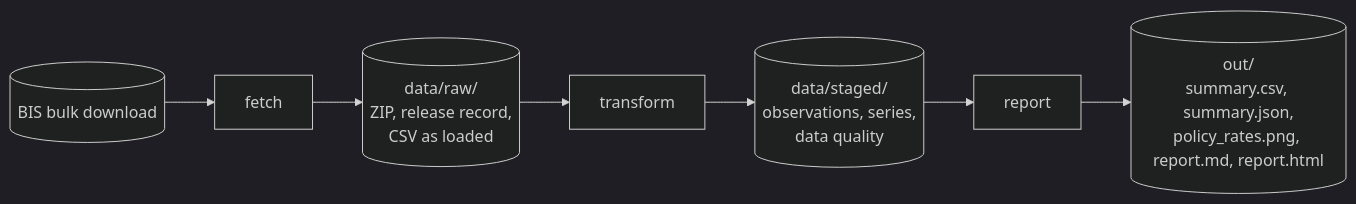
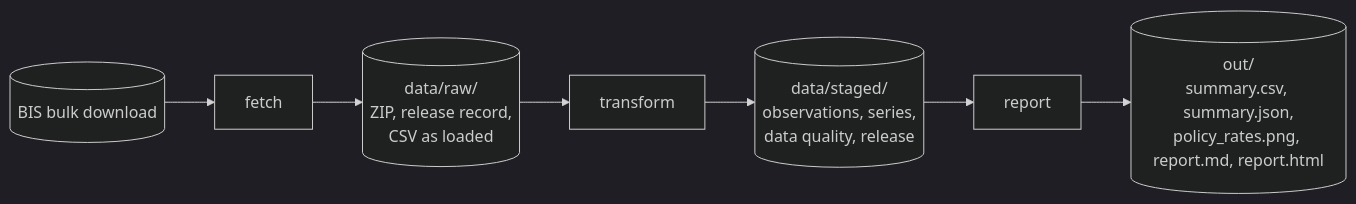
Before and after one commit to andrea-dm/policy-rate-monitor: the first of 3 diagrams in docs/architecture.md, drawn with Mermaid (dark theme). The commit also changed other lines of this file and 29 other files, not shown here.

````diff
--- a/docs/architecture.md
+++ b/docs/architecture.md
@@ -12,12 +12,12 @@
 ```mermaid
 flowchart LR
     bis[("BIS bulk download")]
     fetch["fetch"]
     transform["transform"]
     report["report"]
     raw[("data/raw/<br/>ZIP, release record,<br/>CSV as loaded")]
-    staged[("data/staged/<br/>observations, series,<br/>data quality")]
+    staged[("data/staged/<br/>observations, series,<br/>data quality, release")]
     out[("out/<br/>summary.csv, summary.json,<br/>policy_rates.png, report.md, report.html")]
 
     bis --> fetch --> raw --> transform --> staged --> report --> out
 ```
````
